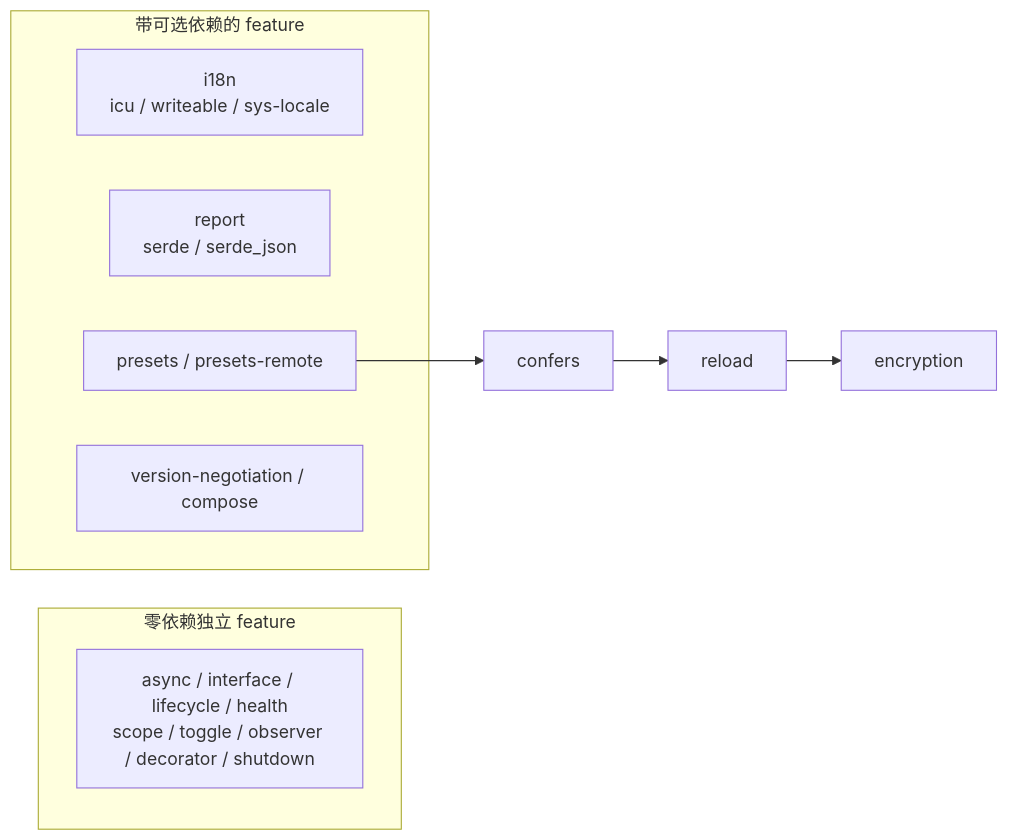
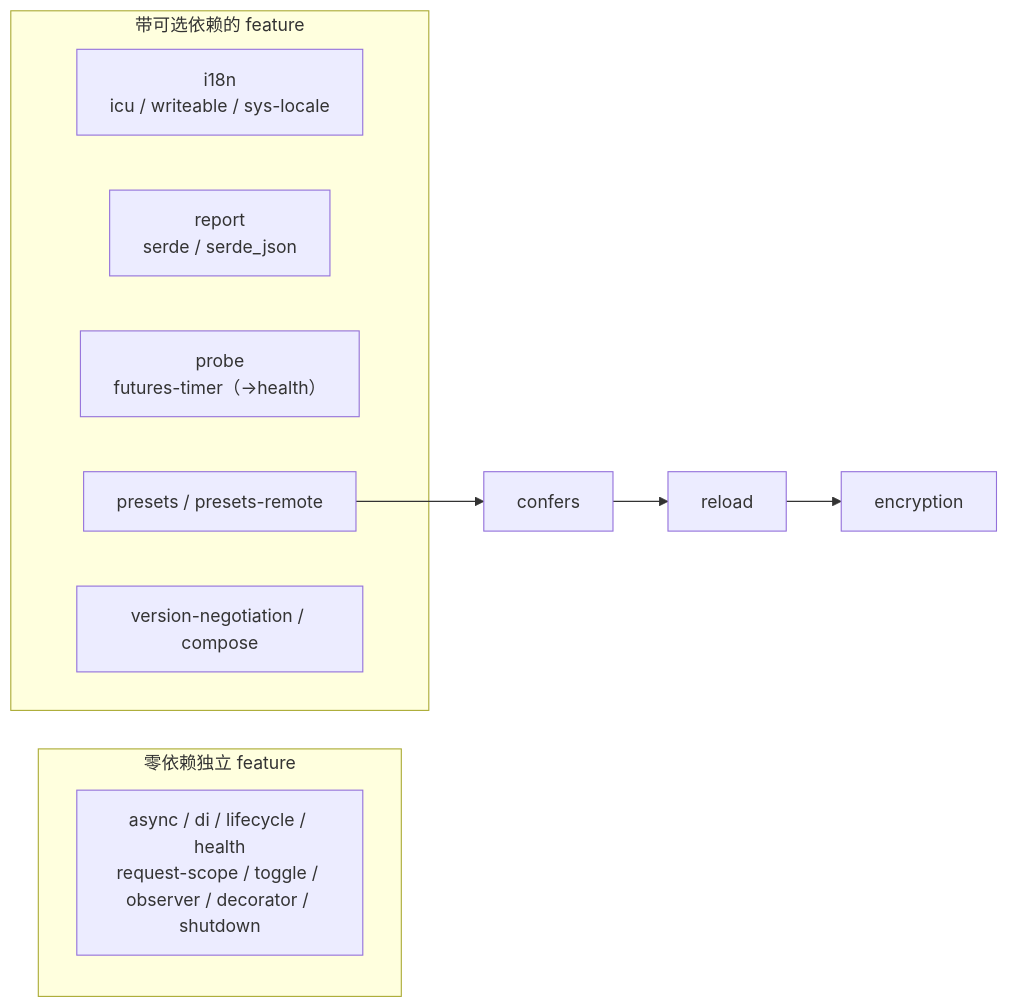
The third of 6 diagrams in docs/ARCHITECTURE.md (Kirky-X/trait-kit), drawn with Mermaid before and after one commit. The commit also changed other lines of this file and 2 other files, not shown here.

Commit message:
docs(kit): docs/ 目录 feature 旧名正名收尾（T051，§9.2-6）——TEST_SCENARIOS 37 行与 ARCHITECTURE 分层图 interface/scope 统一为 di/request-scope
- TEST_SCENARIOS.md：总览表/场景矩阵 feature 列、§3 依赖链与组合矩阵、§5.1 L2 命令共 37 行正名（interface→di、scope→request-scope）；示例名 interface/scope_basic、构建路径概念词、历史 CHANGELOG 章节按 323f244 口径保留
- ARCHITECTURE.md：Feature 分层图 Z 节点正名；修正 feature 计数 18→19 正名（补漏 probe 节点与 3 个 deprecated 别名声明）
- src/lib.rs：MockError 补 all(test, feature="async") 门控——meta.rs:435 已文档化该契约而定义侧缺失，默认组合 dead_code 存量告警消零

门禁：fmt --check 通过；clippy --workspace --all-targets 0 警告；test --workspace 退出码 0（25 个二进制 0 failed）

````diff
--- a/docs/ARCHITECTURE.md
+++ b/docs/ARCHITECTURE.md
@@ -129,18 +129,19 @@
 ```mermaid
 graph LR
     C["confers"] --> R["reload"]
     R --> E["encryption"]
 
     subgraph zc["零依赖独立 feature"]
-        Z["async / interface / lifecycle / health<br/>scope / toggle / observer / decorator / shutdown"]
+        Z["async / di / lifecycle / health<br/>request-scope / toggle / observer / decorator / shutdown"]
     end
 
     subgraph dep["带可选依赖的 feature"]
         D1["i18n<br/>icu / writeable / sys-locale"]
         D2["report<br/>serde / serde_json"]
+        PR["probe<br/>futures-timer（→health）"]
         P["presets / presets-remote"]
         N["version-negotiation / compose"]
     end
 
     P --> C
 ```
````
